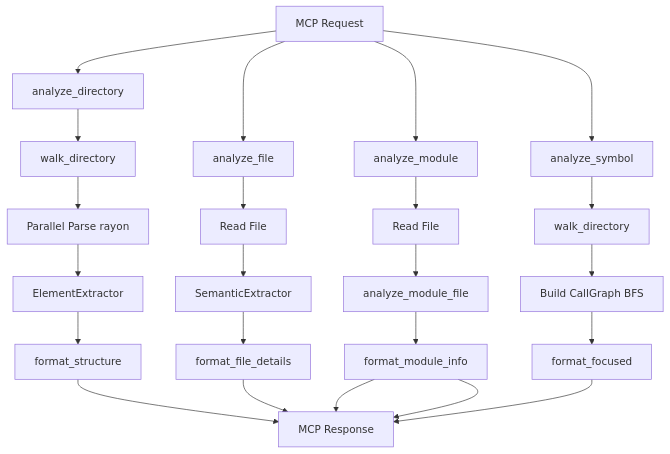
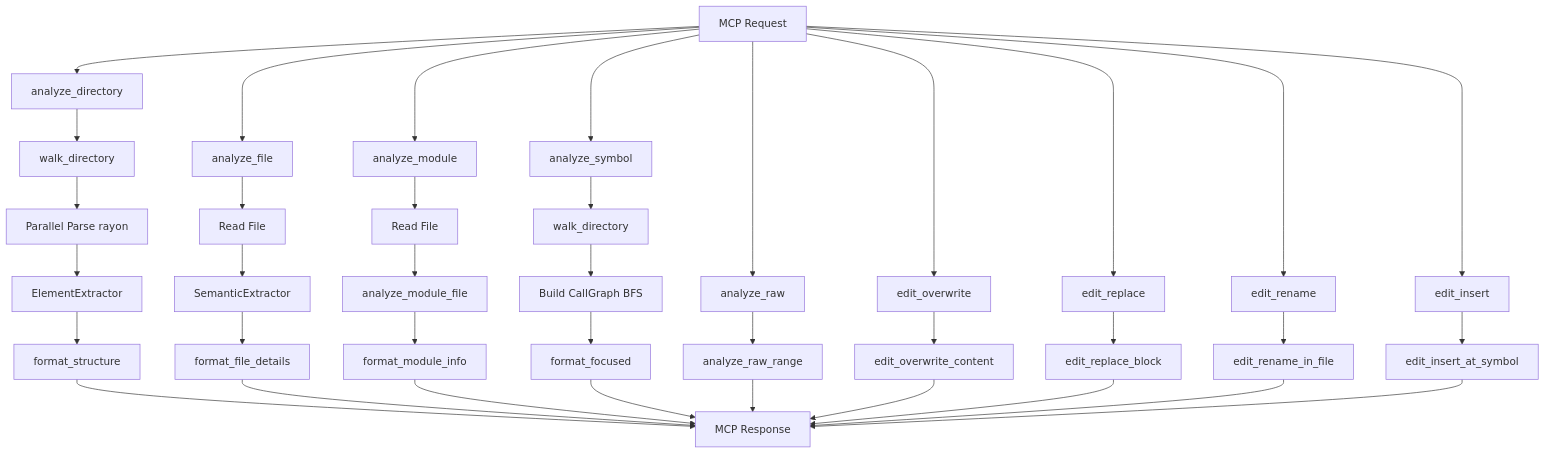
The diagram in docs/ARCHITECTURE.md (clouatre-labs/code-analyze-mcp), drawn with Mermaid before and after one commit. The commit also changed other lines of this file and 9 other files, not shown here.

First line of the commit message:
refactor(api): rename 5 Wave 9 tools into analyze_* and edit_* families (#690)

````diff
--- a/docs/ARCHITECTURE.md
+++ b/docs/ARCHITECTURE.md
@@ -45,25 +45,39 @@
 ```mermaid
 graph TD
     A["MCP Request"] --> B1["analyze_directory"]
     A --> B2["analyze_file"]
     A --> B4["analyze_module"]
     A --> B3["analyze_symbol"]
+    A --> B5["analyze_raw"]
+    A --> B6["edit_overwrite"]
+    A --> B7["edit_replace"]
+    A --> B8["edit_rename"]
+    A --> B9["edit_insert"]
     B1 --> M["walk_directory"]
     M --> N["Parallel Parse rayon"]
     N --> O["ElementExtractor"]
     O --> P["format_structure"]
     B2 --> J["Read File"]
     J --> K["SemanticExtractor"]
     K --> L["format_file_details"]
     B4 --> R["Read File"]
     R --> S["analyze_module_file"]
     S --> T["format_module_info"]
-    T --> Q["MCP Response"]
     B3 --> G["walk_directory"]
     G --> H["Build CallGraph BFS"]
     H --> I["format_focused"]
+    B5 --> F1["analyze_raw_range"]
+    B6 --> F2["edit_overwrite_content"]
+    B7 --> F3["edit_replace_block"]
+    B8 --> F4["edit_rename_in_file"]
+    B9 --> F5["edit_insert_at_symbol"]
     P --> Q["MCP Response"]
     L --> Q
     T --> Q
     I --> Q
+    F1 --> Q
+    F2 --> Q
+    F3 --> Q
+    F4 --> Q
+    F5 --> Q
 ```
````
